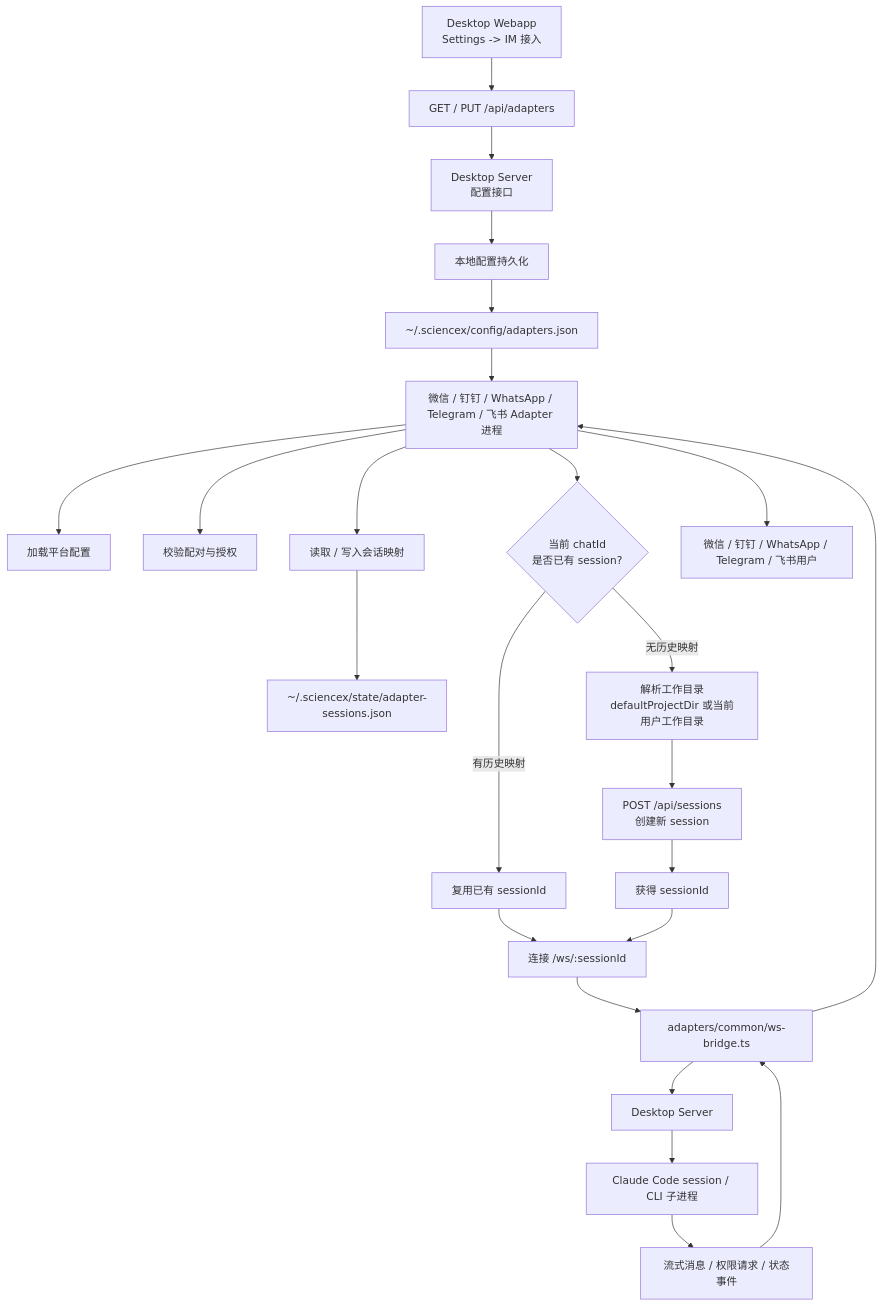
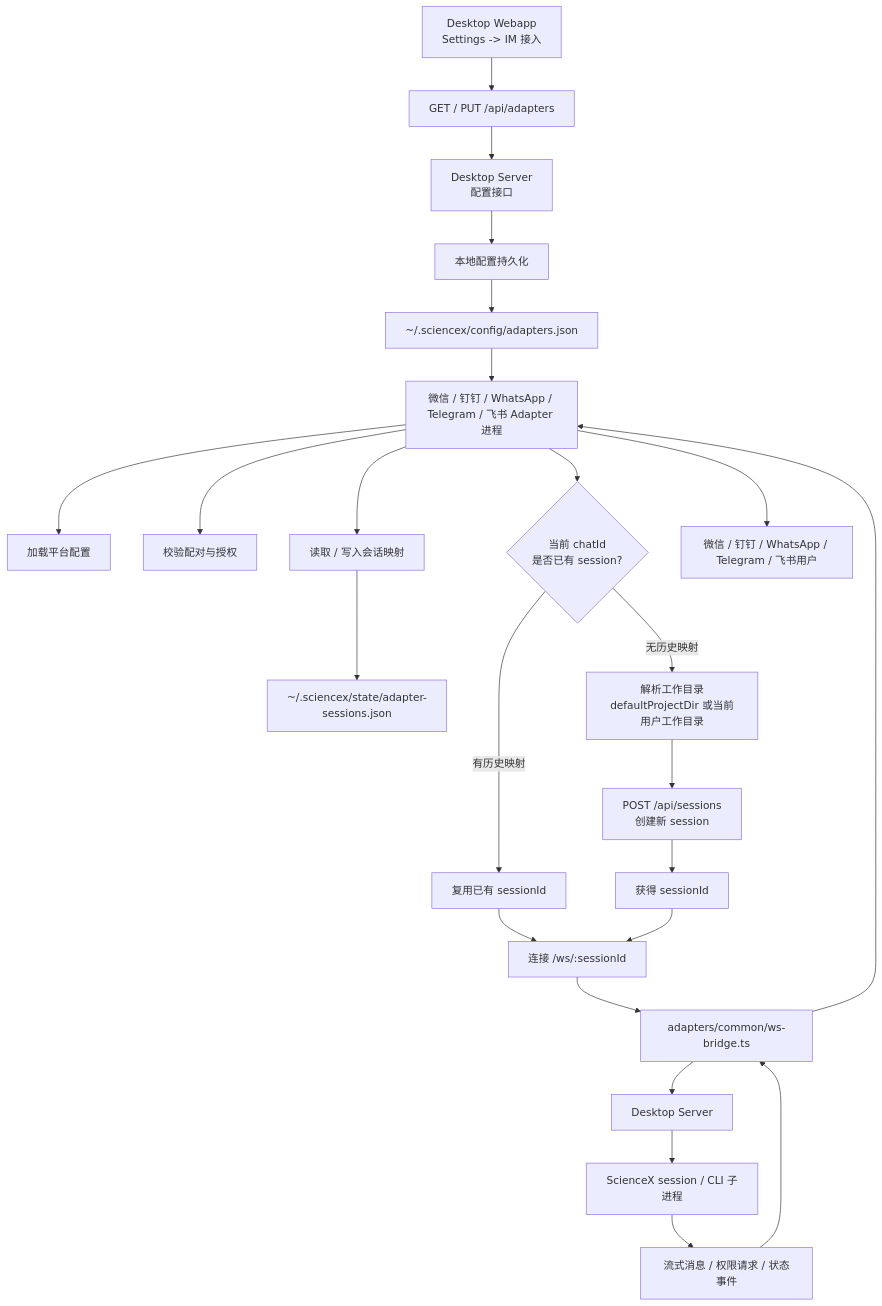
Before and after one commit to insight68/ScienceX: the diagram in docs/im/index.md, drawn with Mermaid. The commit also changed other lines of this file and 295 other files, not shown here.

````diff
--- a/docs/im/index.md
+++ b/docs/im/index.md
@@ -12,31 +12,31 @@
 ```mermaid
 flowchart TD
     A["Desktop Webapp<br/>Settings -> IM 接入"] --> B["GET / PUT /api/adapters"]
     B --> C["Desktop Server<br/>配置接口"]
     C --> D["本地配置持久化"]
     D --> E["~/.sciencex/config/adapters.json"]
 
     E --> F["微信 / 钉钉 / WhatsApp / Telegram / 飞书 Adapter 进程"]
     F --> G["加载平台配置"]
     F --> H["校验配对与授权"]
     F --> I["读取 / 写入会话映射"]
     I --> J["~/.sciencex/state/adapter-sessions.json"]
 
     F --> K{"当前 chatId<br/>是否已有 session?"}
     K -->|有历史映射| L["复用已有 sessionId"]
     K -->|无历史映射| M["解析工作目录<br/>defaultProjectDir 或当前用户工作目录"]
     M --> N["POST /api/sessions<br/>创建新 session"]
 
     N --> Q["获得 sessionId"]
     L --> R["连接 /ws/:sessionId"]
     Q --> R
 
     R --> S["adapters/common/ws-bridge.ts"]
     S --> T["Desktop Server"]
-    T --> U["Claude Code session / CLI 子进程"]
+    T --> U["ScienceX session / CLI 子进程"]
 
     U --> V["流式消息 / 权限请求 / 状态事件"]
     V --> S
     S --> F
     F --> W["微信 / 钉钉 / WhatsApp / Telegram / 飞书用户"]
 ```
````
